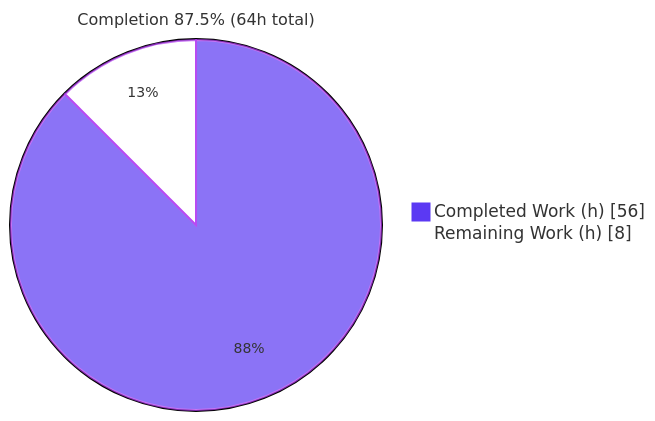
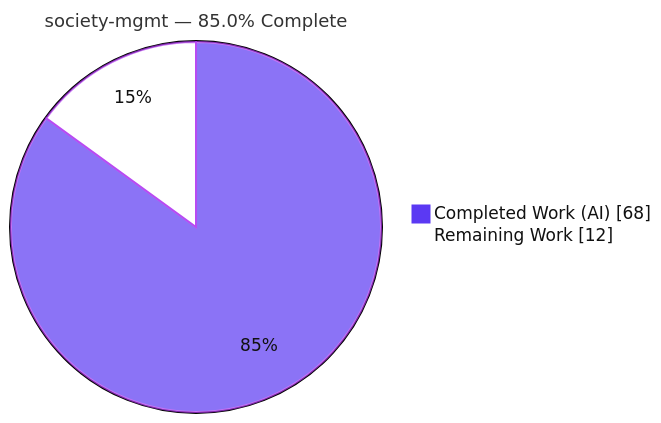
The first of 3 diagrams in blitzy/documentation/Project Guide.md (ajitblitzy/Society_mngt_300K_Nested), drawn with Mermaid before and after one commit. The commit also changed other lines of this file, not shown here.

Commit message:
Adding Blitzy Project Guide: Project Status and Human Tasks Remaining

````diff
--- a/blitzy/documentation/Project Guide.md
+++ b/blitzy/documentation/Project Guide.md
@@ -13,7 +20,6 @@
 ```mermaid
-%%{init: {'theme':'base', 'themeVariables': {'pie1':'#5B39F3','pie2':'#FFFFFF','pieStrokeColor':'#B23AF2','pieStrokeWidth':'2px','pieOuterStrokeWidth':'2px','pieTitleTextSize':'16px','pieSectionTextSize':'14px'}}}%%
-pie showData
-    title Completion 87.5% (64h total)
-    "Completed Work (h)" : 56
-    "Remaining Work (h)" : 8
+%%{init: {'theme':'base', 'themeVariables': {'pie1':'#5B39F3','pie2':'#FFFFFF','pieStrokeColor':'#B23AF2','pieStrokeWidth':'2px','pieOuterStrokeWidth':'2px','pieTitleTextSize':'18px','pieSectionTextColor':'#111111','pieLegendTextColor':'#111111'}}}%%
+pie showData title society-mgmt — 85.0% Complete
+    "Completed Work (AI)" : 68
+    "Remaining Work" : 12
 ```
````
